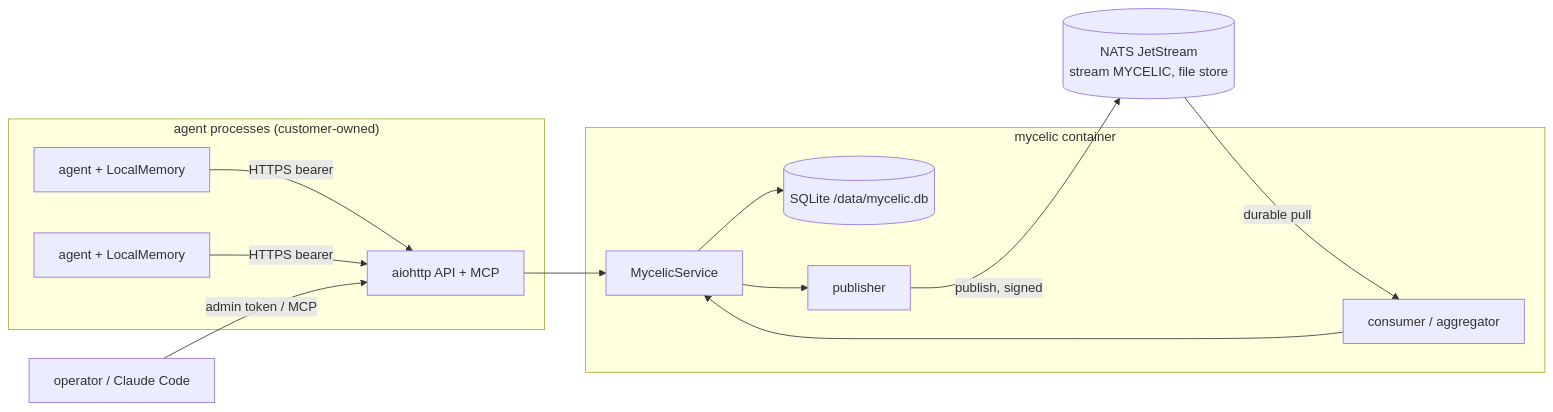
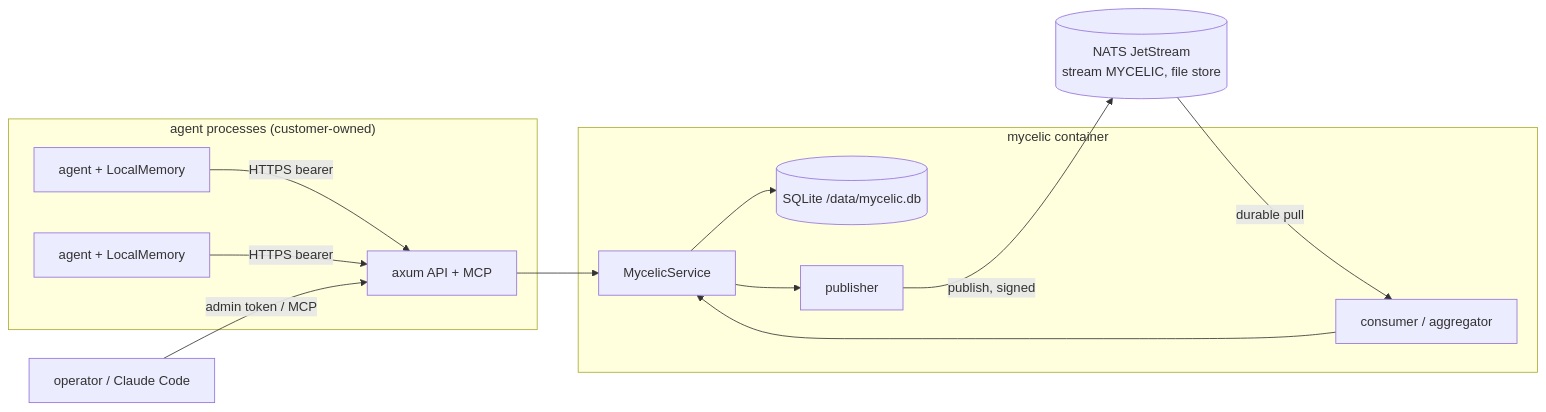
Before and after one commit to PNurmanM/MycelicLabs: the diagram in docs/MYCELIC_ARCHITECTURE.md, drawn with Mermaid. The commit also changed other lines of this file and 4 other files, not shown here.

````diff
--- a/docs/MYCELIC_ARCHITECTURE.md
+++ b/docs/MYCELIC_ARCHITECTURE.md
@@ -197,16 +201,16 @@
 ```mermaid
 flowchart LR
   subgraph Agents["agent processes (customer-owned)"]
     A1[agent + LocalMemory] -- HTTPS bearer --> API
     A2[agent + LocalMemory] -- HTTPS bearer --> API
   end
   subgraph Mycelic["mycelic container"]
-    API[aiohttp API + MCP] --> SVC[MycelicService]
+    API[axum API + MCP] --> SVC[MycelicService]
     SVC --> DB[(SQLite /data/mycelic.db)]
     SVC --> PUB[publisher]
     CONS[consumer / aggregator] --> SVC
   end
   PUB -- publish, signed --> JS[(NATS JetStream\nstream MYCELIC, file store)]
   JS -- durable pull --> CONS
   OPS[operator / Claude Code] -- admin token / MCP --> API
 ```
````
